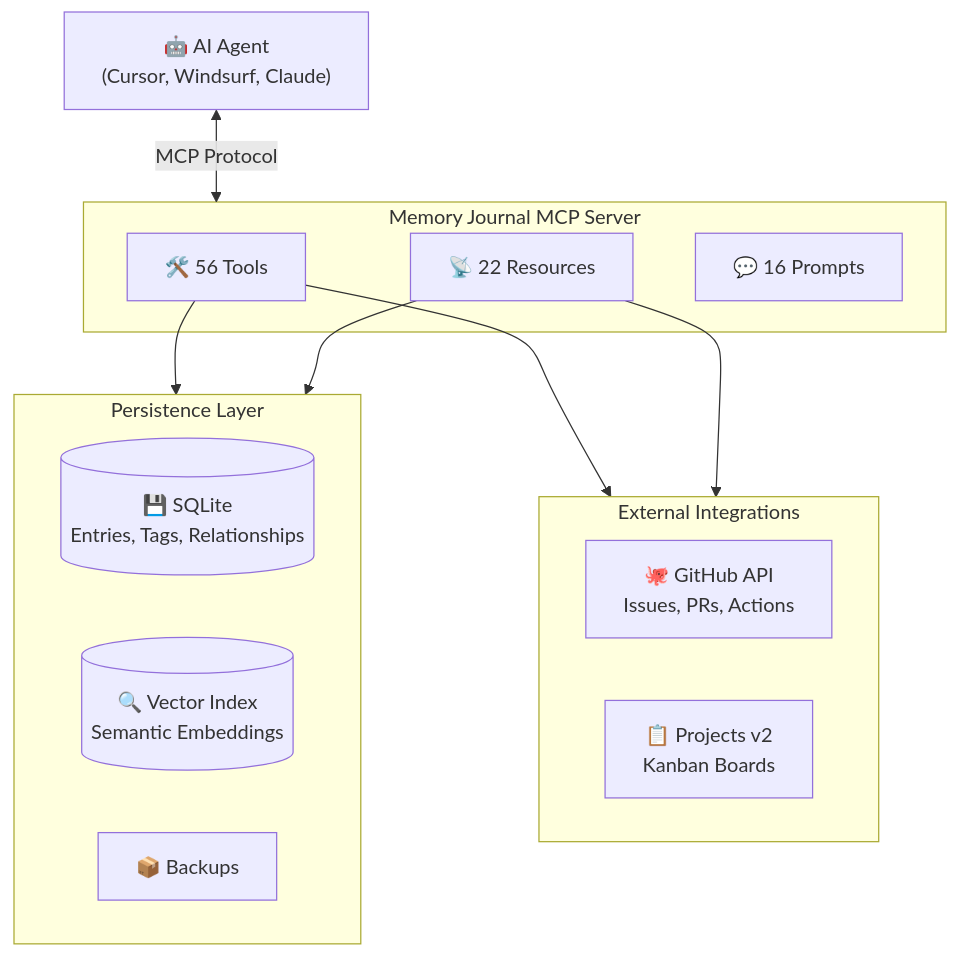
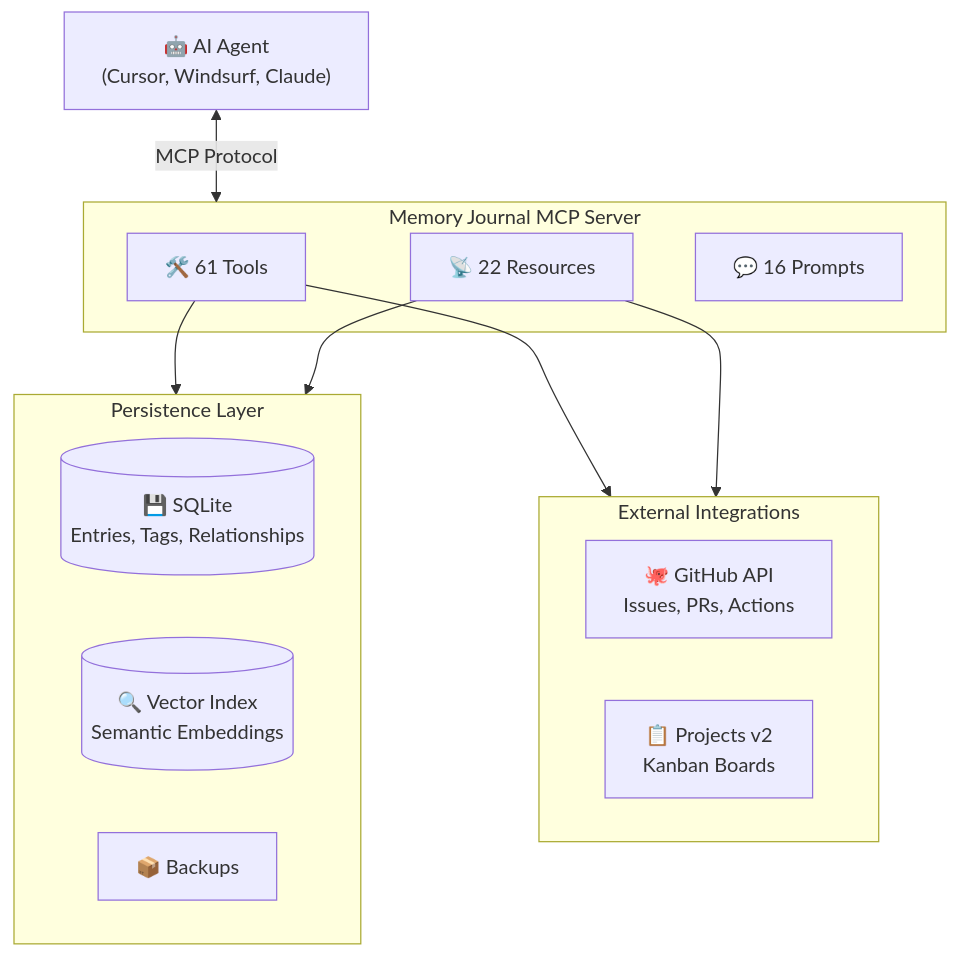
One commit to neverinfamous/memory-journal-mcp changed the second of 2 diagrams in README.md. Above: the diagram before and after it, drawn with Mermaid. The commit also changed other lines of this file and 1 other file, not shown here.

````diff
--- a/README.md
+++ b/README.md
@@ -562,27 +562,27 @@
 ```mermaid
 flowchart TB
     AI["🤖 AI Agent<br/>(Cursor, Windsurf, Claude)"]
 
     subgraph MCP["Memory Journal MCP Server"]
-        Tools["🛠️ 56 Tools"]
+        Tools["🛠️ 61 Tools"]
         Resources["📡 22 Resources"]
         Prompts["💬 16 Prompts"]
     end
 
     subgraph Storage["Persistence Layer"]
         SQLite[("💾 SQLite<br/>Entries, Tags, Relationships")]
         Vector[("🔍 Vector Index<br/>Semantic Embeddings")]
         Backups["📦 Backups"]
     end
 
     subgraph External["External Integrations"]
         GitHub["🐙 GitHub API<br/>Issues, PRs, Actions"]
         Kanban["📋 Projects v2<br/>Kanban Boards"]
     end
 
     AI <-->|"MCP Protocol"| MCP
     Tools --> Storage
     Tools --> External
     Resources --> Storage
     Resources --> External
 ```
````
